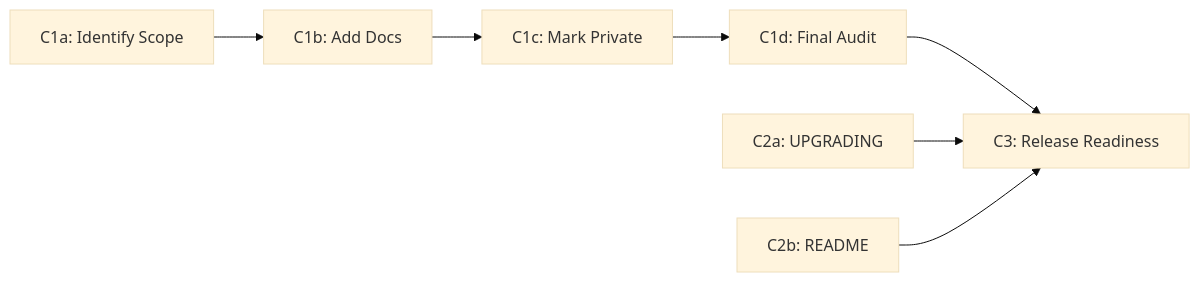
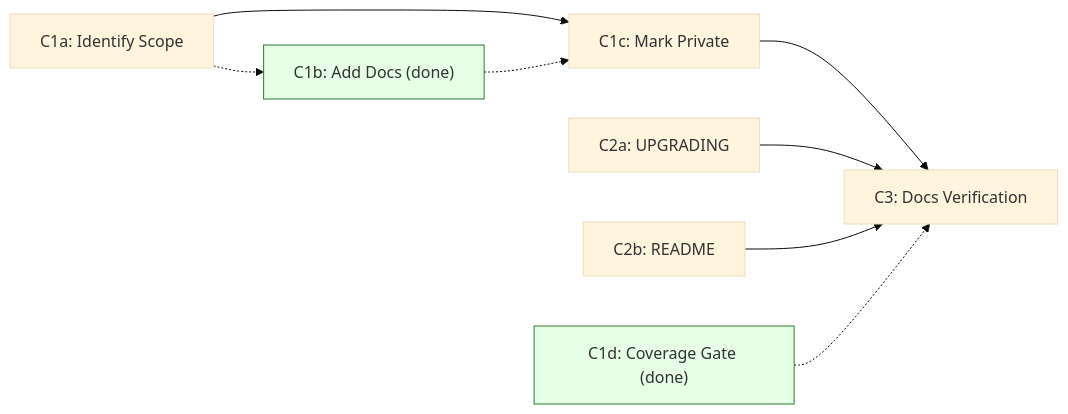
One commit to ruby-git/ruby-git changed the diagram in redesign/Phase 4 - Step C.md. Above: the diagram before and after it, drawn with Mermaid (base theme). The commit also changed other lines of this file, not shown here.

````diff
--- a/redesign/Phase 4 - Step C.md
+++ b/redesign/Phase 4 - Step C.md
@@ -84,17 +158,24 @@
 ```mermaid
 graph LR
     C1a["C1a: Identify Scope"]
-    C1b["C1b: Add Docs"]
+    C1b["C1b: Add Docs (done)"]
     C1c["C1c: Mark Private"]
-    C1d["C1d: Final Audit"]
+    C1d["C1d: Coverage Gate (done)"]
     C2a["C2a: UPGRADING"]
     C2b["C2b: README"]
-    C3["C3: Release Readiness"]
+    C3["C3: Docs Verification"]
 
-    C1a --> C1b
-    C1b --> C1c
-    C1c --> C1d
-    C1d --> C3
+    %% Remaining (active) gating dependencies:
+    C1a --> C1c
+    C1c --> C3
     C2a --> C3
     C2b --> C3
+
+    %% Already-satisfied historical dependencies (C1b, C1d complete):
+    C1a -.-> C1b
+    C1b -.-> C1c
+    C1d -.-> C3
+
+    classDef done fill:#e6ffe6,stroke:#2e7d32;
+    class C1b,C1d done;
 ```
````
